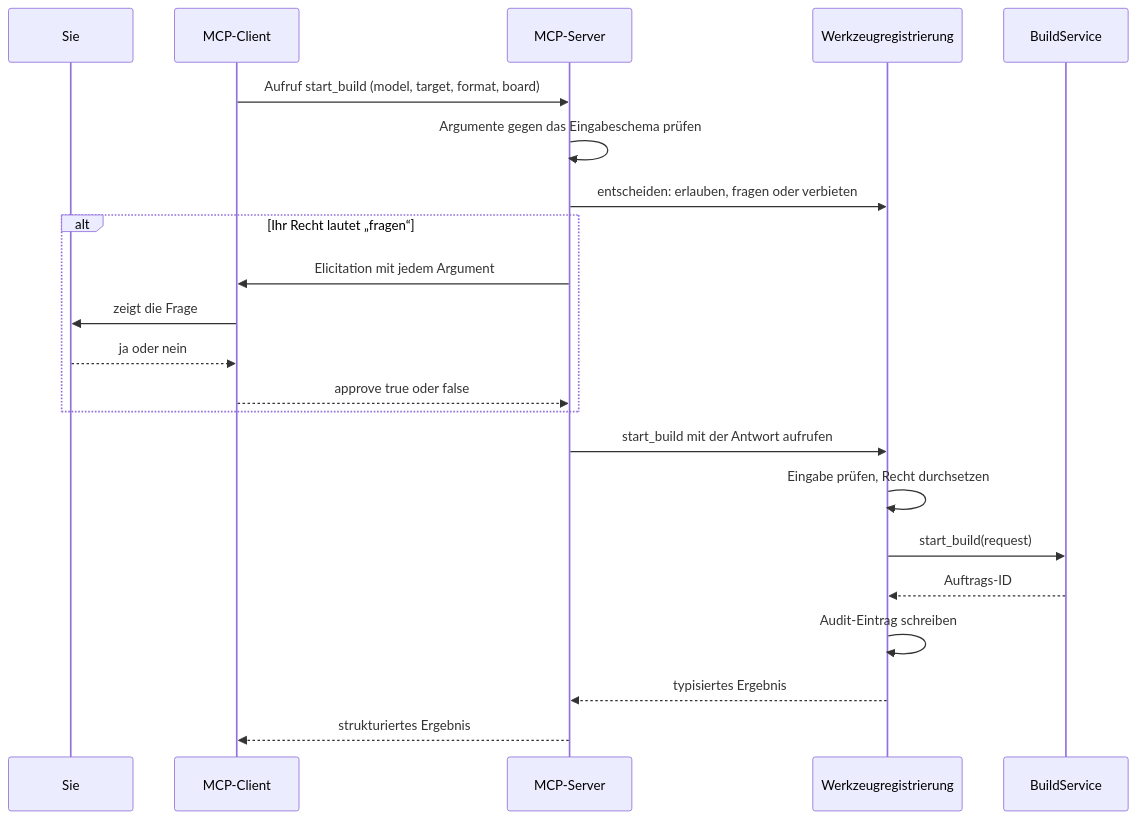
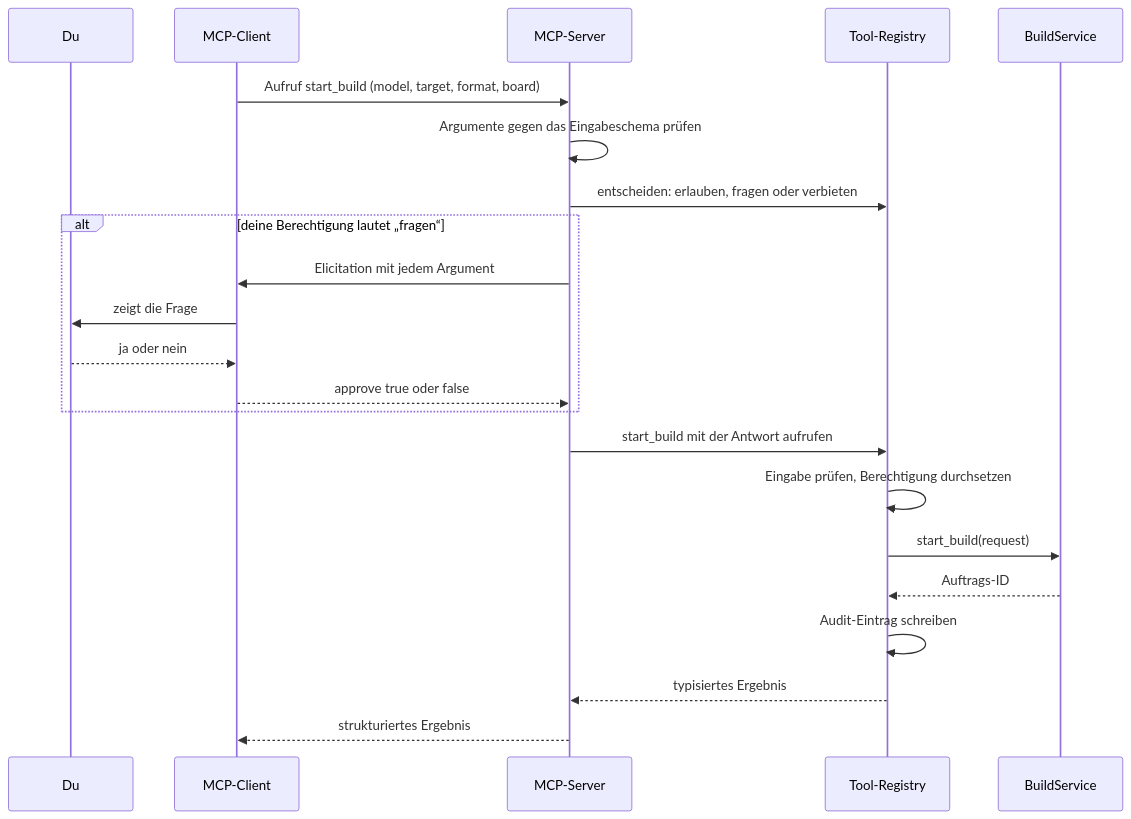
One commit to Smilez1985/LLM_Cross-Compiler_Framework changed the second of 2 diagrams in docs/BLUEPRINT_DE.md. Above: the diagram before and after it, drawn with Mermaid. The commit also changed other lines of this file and 7 other files, not shown here.

````diff
--- a/docs/BLUEPRINT_DE.md
+++ b/docs/BLUEPRINT_DE.md
@@ -269,24 +269,24 @@
 ```mermaid
 sequenceDiagram
-    participant U as Sie
+    participant U as Du
     participant C as MCP-Client
     participant S as MCP-Server
-    participant R as Werkzeugregistrierung
+    participant R as Tool-Registry
     participant B as BuildService
     C->>S: Aufruf start_build (model, target, format, board)
     S->>S: Argumente gegen das Eingabeschema prüfen
     S->>R: entscheiden: erlauben, fragen oder verbieten
-    alt Ihr Recht lautet „fragen“
+    alt deine Berechtigung lautet „fragen“
         S->>C: Elicitation mit jedem Argument
         C->>U: zeigt die Frage
         U-->>C: ja oder nein
         C-->>S: approve true oder false
     end
     S->>R: start_build mit der Antwort aufrufen
-    R->>R: Eingabe prüfen, Recht durchsetzen
+    R->>R: Eingabe prüfen, Berechtigung durchsetzen
     R->>B: start_build(request)
     B-->>R: Auftrags-ID
     R->>R: Audit-Eintrag schreiben
     R-->>S: typisiertes Ergebnis
     S-->>C: strukturiertes Ergebnis
 ```
````
